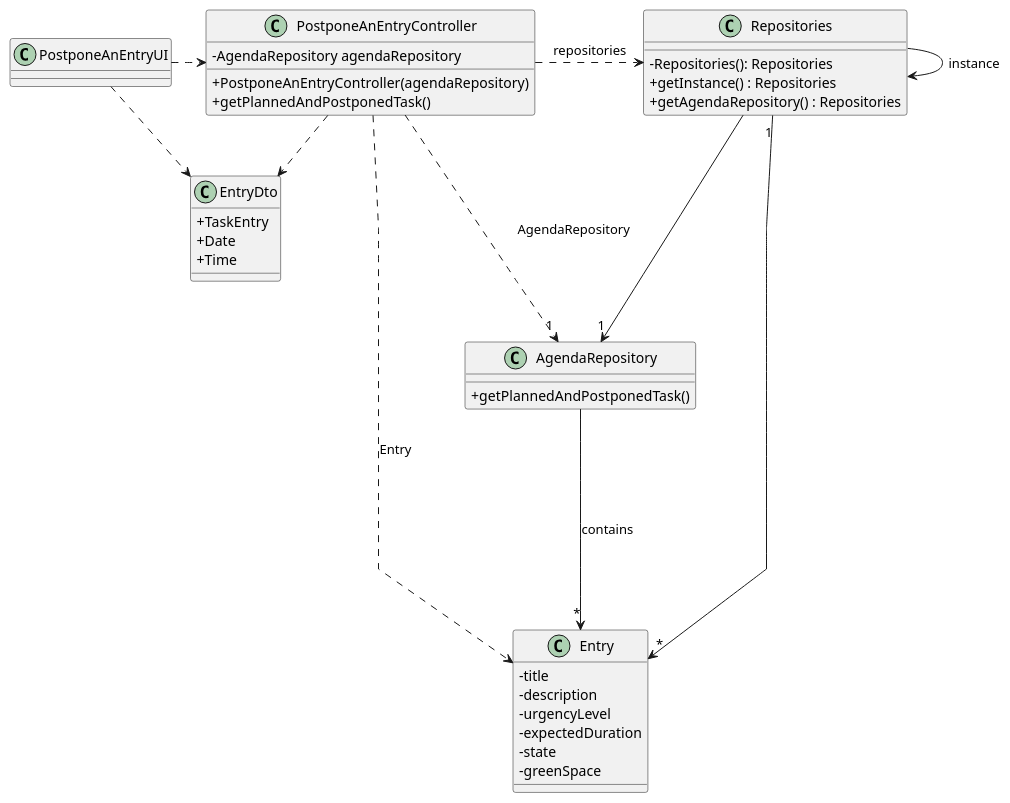
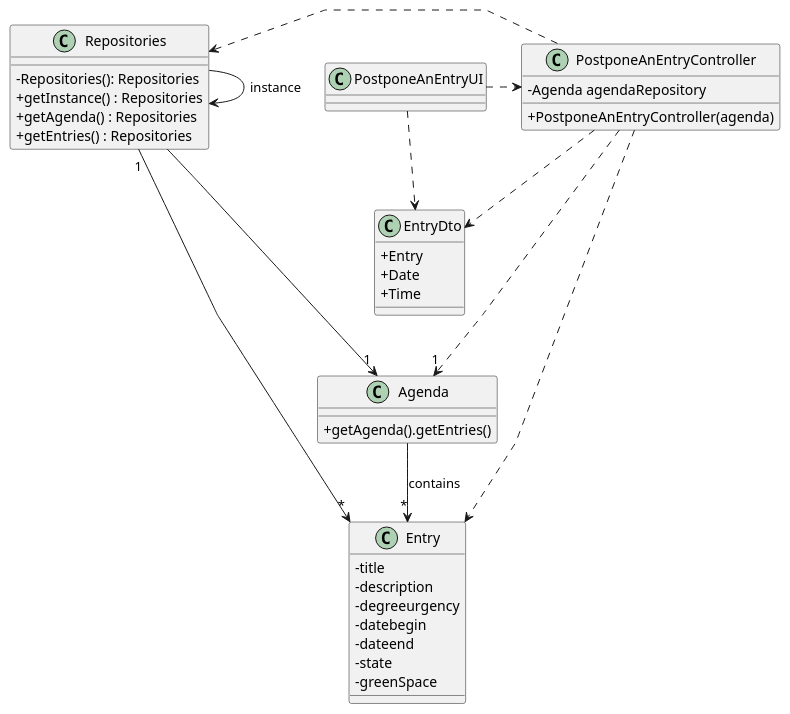
Before and after one commit to rpedros02/lei-24-s2-1DL-g08: the diagram in docs/sprintC/us024/03.design/puml/us024-class-diagram.puml, drawn with PlantUML. The commit also changed 5 other files, not shown here.

```diff
--- a/docs/sprintC/us024/03.design/puml/us024-class-diagram.puml
+++ b/docs/sprintC/us024/03.design/puml/us024-class-diagram.puml
@@ -1,62 +1,62 @@
 @startuml
 'skinparam monochrome true
 skinparam packageStyle rectangle
 skinparam shadowing false
 skinparam linetype polyline
-'skinparam linetype orto
+
 
 skinparam classAttributeIconSize 0
 
-'left to right direction
 
 class PostponeAnEntryUI{
 }
 
 
 class PostponeAnEntryController{
--AgendaRepository agendaRepository
-    + PostponeAnEntryController(agendaRepository)
-    + getPlannedAndPostponedTask()
+-Agenda agendaRepository
+    + PostponeAnEntryController(agenda)
  }
 
 class Repositories {
     - Repositories(): Repositories
     + getInstance() : Repositories
-    + getAgendaRepository() : Repositories
+    + getAgenda() : Repositories
+    + getEntries() : Repositories
 }
 
 
-class AgendaRepository {
-    + getPlannedAndPostponedTask()
+class Agenda {
+    + getAgenda().getEntries()
 
 }
 
 class  Entry{
         -title
         -description
-        -urgencyLevel
-        -expectedDuration
+        -degreeurgency
+        -datebegin
+        -dateend
         -state
         -greenSpace
 
 }
 
 class EntryDto{
-+TaskEntry
++Entry
 +Date
 +Time
 }
 
 
-AgendaRepository --> "*" Entry: contains
+Agenda --> "*" Entry: contains
 PostponeAnEntryUI .>  PostponeAnEntryController
-PostponeAnEntryController ...r> Repositories : repositories
+PostponeAnEntryController ...l> Repositories
 PostponeAnEntryUI .> EntryDto
 PostponeAnEntryController ..> EntryDto
 Repositories -> Repositories : instance
 Repositories "1" --> "*" Entry
-Repositories ---> "1" AgendaRepository
+Repositories ---> "1" Agenda
 
- PostponeAnEntryController ......>  Entry : Entry
- PostponeAnEntryController ...> "1" AgendaRepository : AgendaRepository
+ PostponeAnEntryController ....>  Entry
+ PostponeAnEntryController ...> "1" Agenda
 @enduml
```
